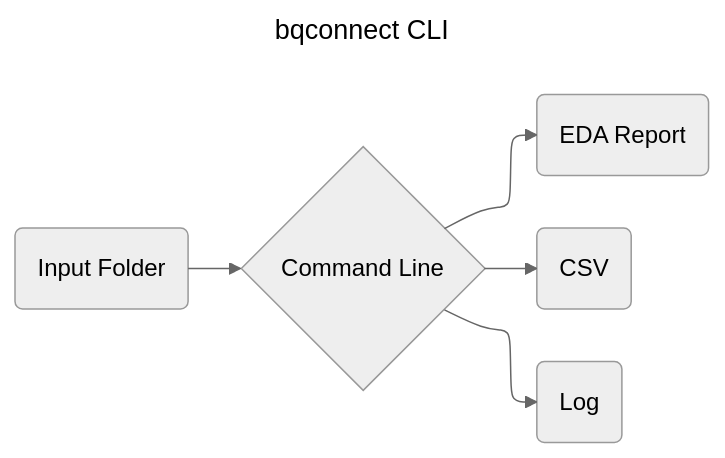
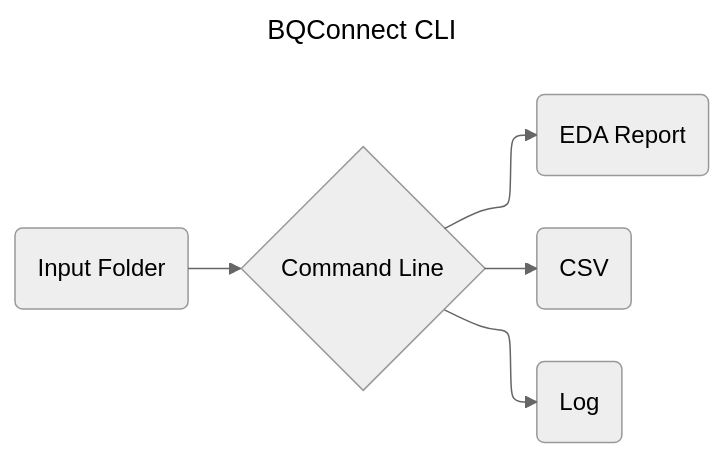
Before and after one commit to Open-Source-Biometric-Quality-Framework/Open-Source-Biometric-Quality-Framework.github.io: the third of 4 diagrams in index/framework.md, drawn with Mermaid. The commit also changed other lines of this file and 9 other files, not shown here.

````diff
--- a/index/framework.md
+++ b/index/framework.md
@@ -66,13 +64,13 @@
 ``` mermaid
 ---
-title: bqconnect CLI
+title: BQConnect CLI
 config:
   theme: neutral
   layout: elk
 ---
 graph LR
     input(Input Folder) --> cli{Command Line}
     cli{Command Line} --> report(EDA Report)
     cli{Command Line} --> output(CSV)
     cli{Command Line} --> log(Log)
 ```
````
